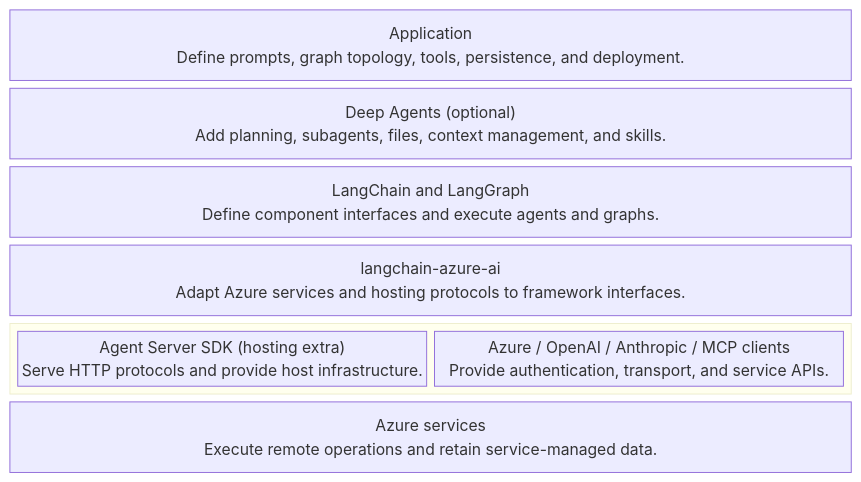
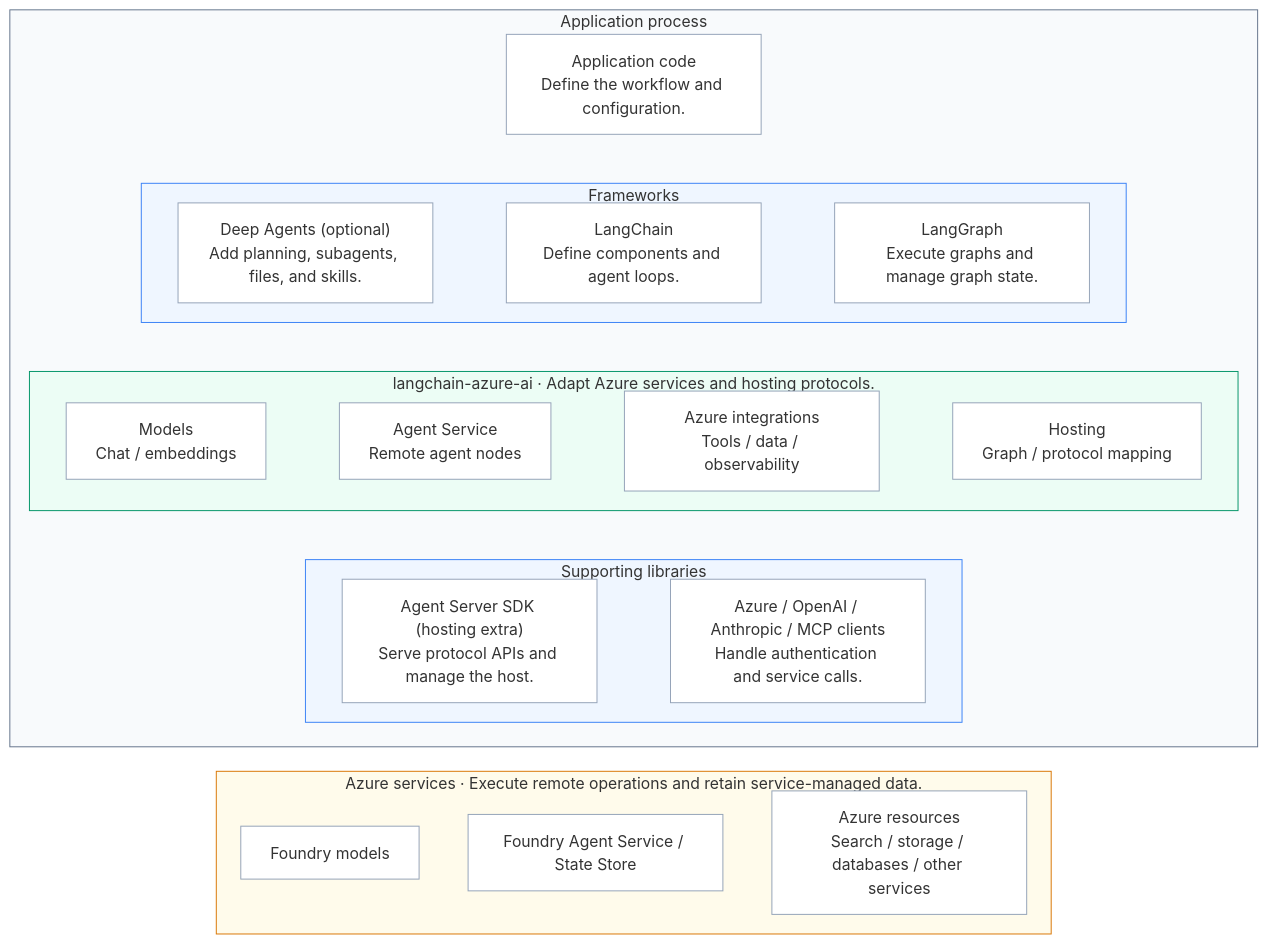
One commit to herohua/langchain-azure changed the first of 4 diagrams in libs/azure-ai/docs/architecture.md. Above: the diagram before and after it, drawn with Mermaid. The commit also changed other lines of this file, not shown here.

Commit message:
docs(azure-ai): group architecture blocks by responsibility

````diff
--- a/libs/azure-ai/docs/architecture.md
+++ b/libs/azure-ai/docs/architecture.md
@@ -12,14 +14,44 @@
 ```mermaid
-block-beta
-    columns 1
-    app["Application<br/>Define prompts, graph topology, tools, persistence, and deployment."]
-    deep["Deep Agents (optional)<br/>Add planning, subagents, files, context management, and skills."]
-    framework["LangChain and LangGraph<br/>Define component interfaces and execute agents and graphs."]
-    adapters["langchain-azure-ai<br/>Adapt Azure services and hosting protocols to framework interfaces."]
-    block:support
-        columns 2
-        server["Agent Server SDK (hosting extra)<br/>Serve HTTP protocols and provide host infrastructure."]
-        clients["Azure / OpenAI / Anthropic / MCP clients<br/>Provide authentication, transport, and service APIs."]
+%%{init: {"flowchart": {"nodeSpacing": 20, "rankSpacing": 25}}}%%
+flowchart TB
+    subgraph process["Application process"]
+        direction TB
+        app["Application code<br/>Define the workflow and configuration."]
+        subgraph frameworks["Frameworks"]
+            direction LR
+            deep["Deep Agents (optional)<br/>Add planning, subagents, files, and skills."]
+            langchain["LangChain<br/>Define components and agent loops."]
+            langgraph["LangGraph<br/>Execute graphs and manage graph state."]
+            deep ~~~ langchain ~~~ langgraph
+        end
+        subgraph package["langchain-azure-ai · Adapt Azure services and hosting protocols."]
+            direction LR
+            models["Models<br/>Chat / embeddings"]
+            agents["Agent Service<br/>Remote agent nodes"]
+            integrations["Azure integrations<br/>Tools / data / observability"]
+            hosting["Hosting<br/>Graph / protocol mapping"]
+            models ~~~ agents ~~~ integrations ~~~ hosting
+        end
+        subgraph support["Supporting libraries"]
+            direction LR
+            server["Agent Server SDK (hosting extra)<br/>Serve protocol APIs and manage the host."]
+            clients["Azure / OpenAI / Anthropic / MCP clients<br/>Handle authentication and service calls."]
+            server ~~~ clients
+        end
+        app ~~~ frameworks ~~~ package ~~~ support
     end
-    services["Azure services<br/>Execute remote operations and retain service-managed data."]
+    subgraph remote["Azure services · Execute remote operations and retain service-managed data."]
+        direction LR
+        foundryModels["Foundry models"]
+        foundryAgents["Foundry Agent Service / State Store"]
+        azure["Azure resources<br/>Search / storage / databases / other services"]
+        foundryModels ~~~ foundryAgents ~~~ azure
+    end
+    process ~~~ remote
+    style process fill:#f8fafc,stroke:#64748b
+    style frameworks fill:#eff6ff,stroke:#3b82f6
+    style package fill:#ecfdf5,stroke:#059669
+    style support fill:#eff6ff,stroke:#3b82f6
+    style remote fill:#fffbeb,stroke:#d97706
+    classDef default fill:#ffffff,stroke:#94a3b8
 ```
````
